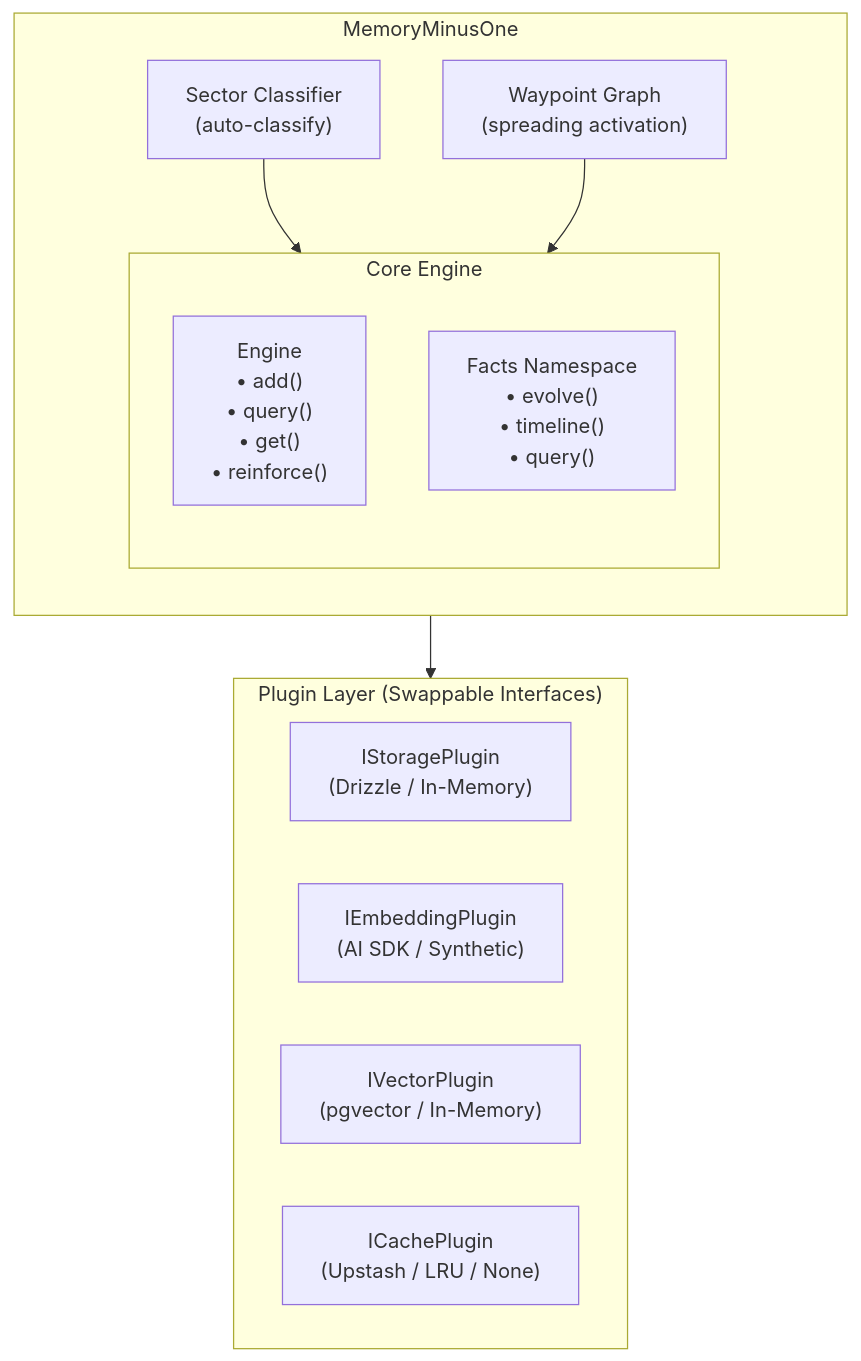
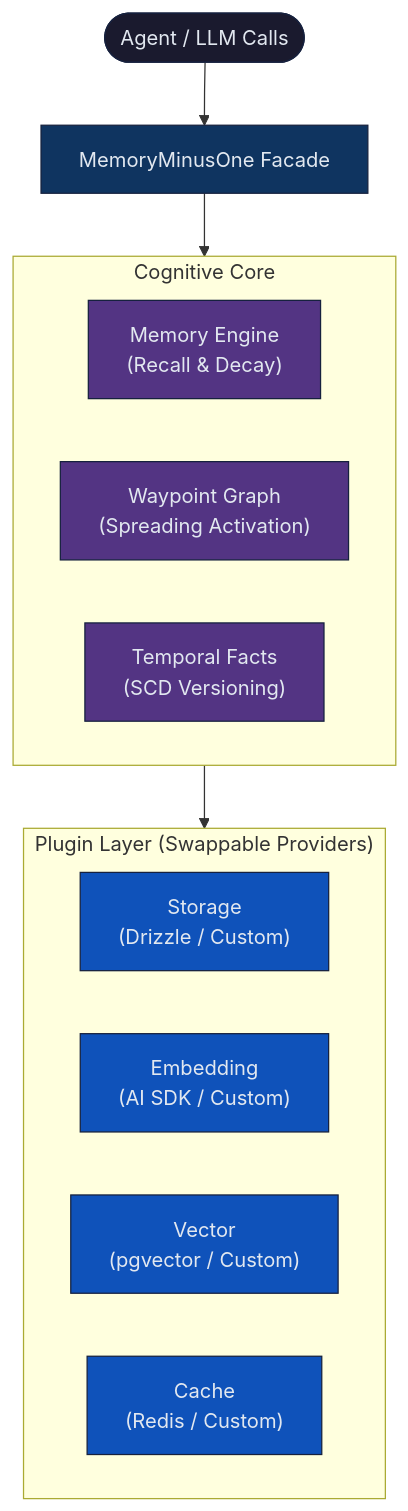
Before and after one commit to NormVg/MemoryMinusOne: the diagram in README.md, drawn with Mermaid. The commit also changed other lines of this file, not shown here.

Commit message:
docs: simplify and style README architecture diagram

````diff
--- a/README.md
+++ b/README.md
@@ -83,26 +83,28 @@
 ```mermaid
-flowchart TB
-    subgraph MemoryMinusOne ["MemoryMinusOne"]
-        direction TB
-        subgraph CoreEngine ["Core Engine"]
-            direction TB
-            Engine["Engine<br/>• add()<br/>• query()<br/>• get()<br/>• reinforce()"]
-            Facts["Facts Namespace<br/>• evolve()<br/>• timeline()<br/>• query()"]
-        end
-        
-        Classifier["Sector Classifier<br/>(auto-classify)"]
-        WaypointGraph["Waypoint Graph<br/>(spreading activation)"]
+flowchart TD
+    classDef default fill:#1a1a2e,stroke:#16213e,color:#e2e8f0;
+    classDef facade fill:#0f3460,stroke:#16213e,color:#e2e8f0;
+    classDef core fill:#533483,stroke:#16213e,color:#e2e8f0;
+    classDef plugin fill:#0f52ba,stroke:#16213e,color:#e2e8f0;
+
+    Agent([Agent / LLM Calls]) --> MMO[MemoryMinusOne Facade]:::facade
+    
+    subgraph Core ["Cognitive Core"]
+        direction LR
+        Engine["Memory Engine<br/>(Recall & Decay)"]:::core
+        Graph["Waypoint Graph<br/>(Spreading Activation)"]:::core
+        Facts["Temporal Facts<br/>(SCD Versioning)"]:::core
+    end
+    
+    MMO --> Core
+    
+    subgraph Plugins ["Plugin Layer (Swappable Providers)"]
+        direction LR
+        Storage["Storage<br/>(Drizzle / Custom)"]:::plugin
+        Embedding["Embedding<br/>(AI SDK / Custom)"]:::plugin
+        Vector["Vector<br/>(pgvector / Custom)"]:::plugin
+        Cache["Cache<br/>(Redis / Custom)"]:::plugin
     end
 
-    subgraph PluginLayer ["Plugin Layer (Swappable Interfaces)"]
-        direction LR
-        Storage["IStoragePlugin<br/>(Drizzle / In-Memory)"]
-        Embedding["IEmbeddingPlugin<br/>(AI SDK / Synthetic)"]
-        Vector["IVectorPlugin<br/>(pgvector / In-Memory)"]
-        Cache["ICachePlugin<br/>(Upstash / LRU / None)"]
-    end
-
-    CoreEngine --> PluginLayer
-    Classifier --> CoreEngine
-    WaypointGraph --> CoreEngine
+    Core --> Plugins
 ```
````
